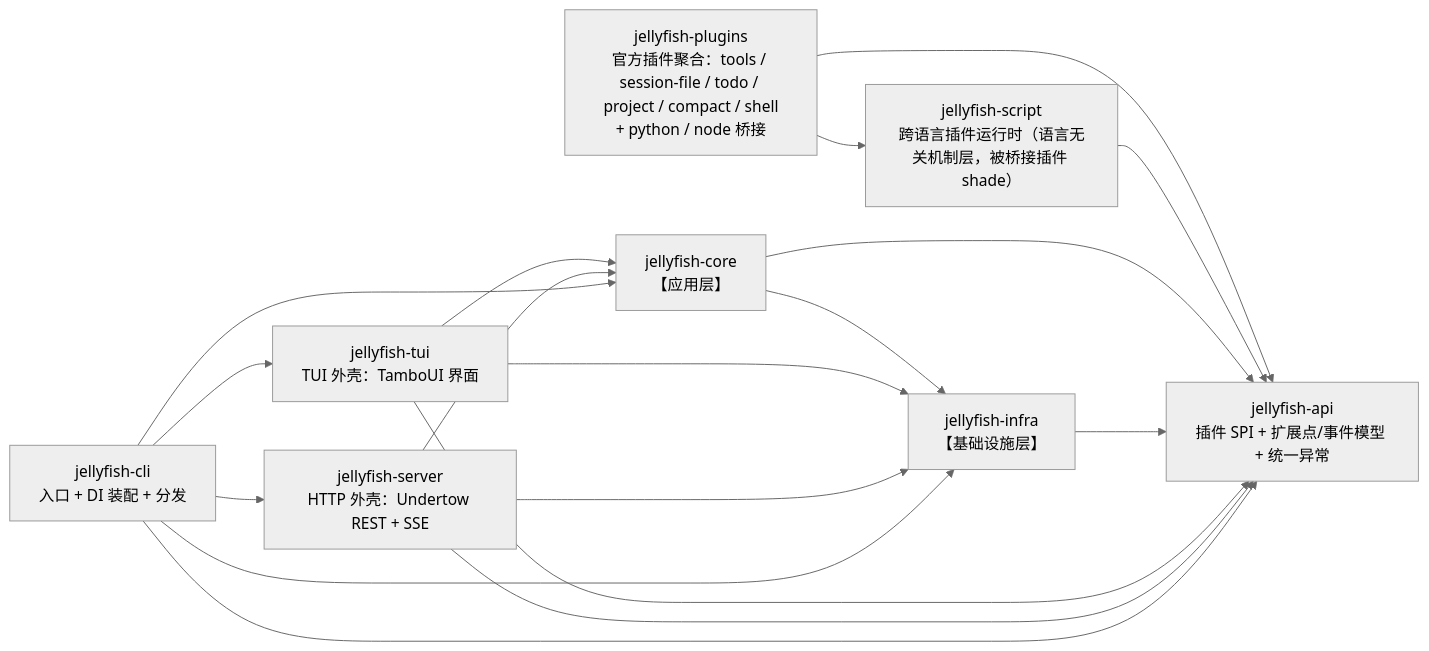
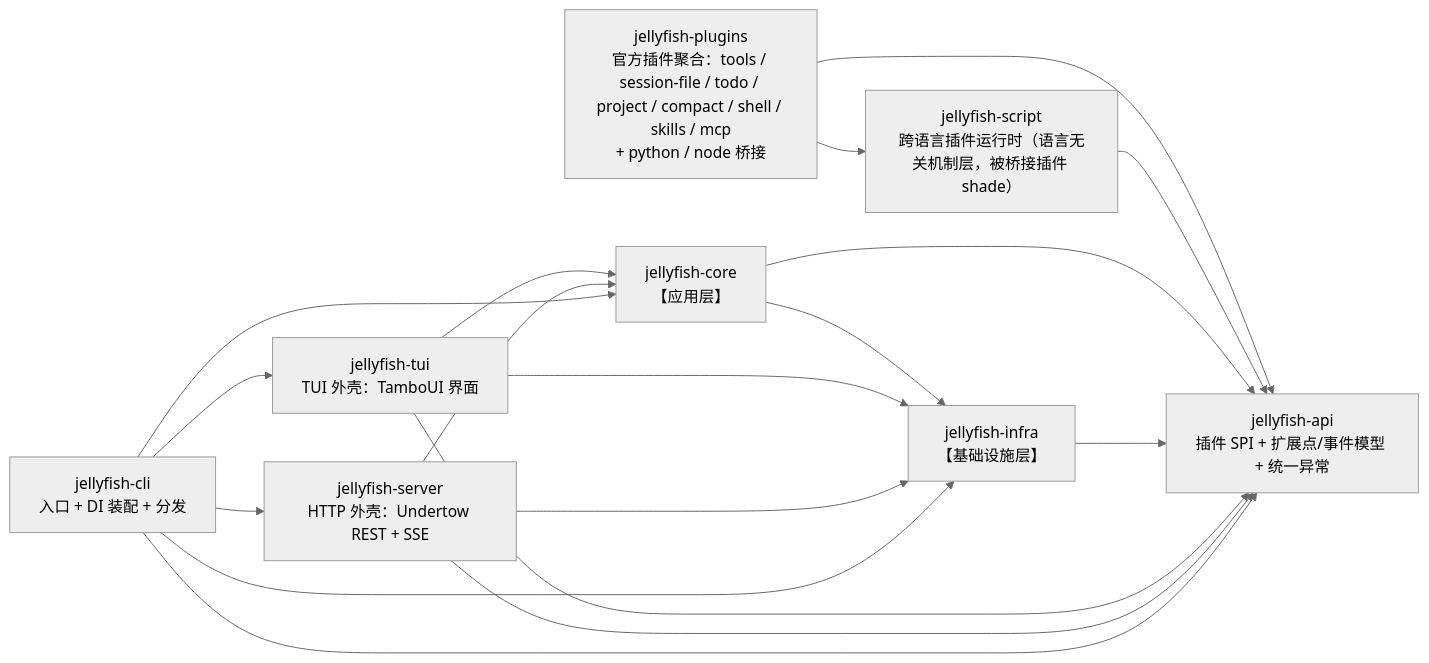
Before and after one commit to zcd0831/Jellyfish: the second of 2 diagrams in AGENTS.md, drawn with Mermaid (neutral theme). The commit also changed other lines of this file and 2 other files, not shown here.

First line of the commit message:
docs: 补充 skills / MCP 插件、注册窗口契约与用户目录约定

````diff
--- a/AGENTS.md
+++ b/AGENTS.md
@@ -189,29 +190,29 @@
 ```mermaid
 flowchart LR
     API["jellyfish-api<br>插件 SPI + 扩展点/事件模型 + 统一异常"]
-    PLUGINS["jellyfish-plugins<br>官方插件聚合：tools / session-file / todo / project / compact / shell<br>+ python / node 桥接"]
+    PLUGINS["jellyfish-plugins<br>官方插件聚合：tools / session-file / todo / project / compact / shell / skills / mcp<br>+ python / node 桥接"]
     SCRIPT["jellyfish-script<br>跨语言插件运行时（语言无关机制层，被桥接插件 shade）"]
     INFRA["jellyfish-infra<br>【基础设施层】"]
     CORE["jellyfish-core<br>【应用层】"]
     TUI["jellyfish-tui<br>TUI 外壳：TamboUI 界面"]
     SERVER["jellyfish-server<br>HTTP 外壳：Undertow REST + SSE"]
     CLI["jellyfish-cli<br>入口 + DI 装配 + 分发"]
 
     PLUGINS --> API
     PLUGINS --> SCRIPT
     SCRIPT --> API
     CORE --> API
     CORE --> INFRA
     INFRA --> API
     TUI --> CORE
     TUI --> INFRA
     TUI --> API
     SERVER --> CORE
     SERVER --> INFRA
     SERVER --> API
     CLI --> CORE
     CLI --> INFRA
     CLI --> API
     CLI --> TUI
     CLI --> SERVER
 ```
````
